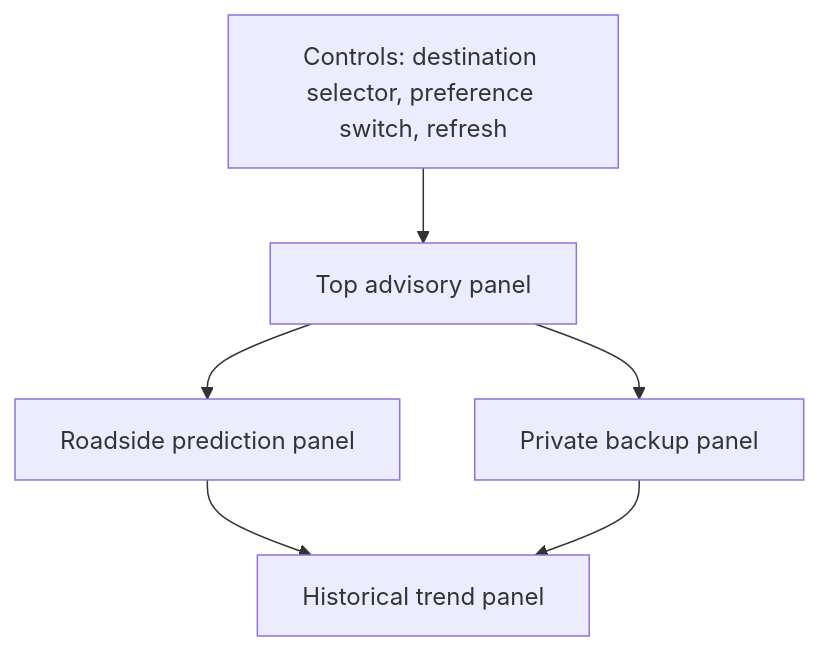
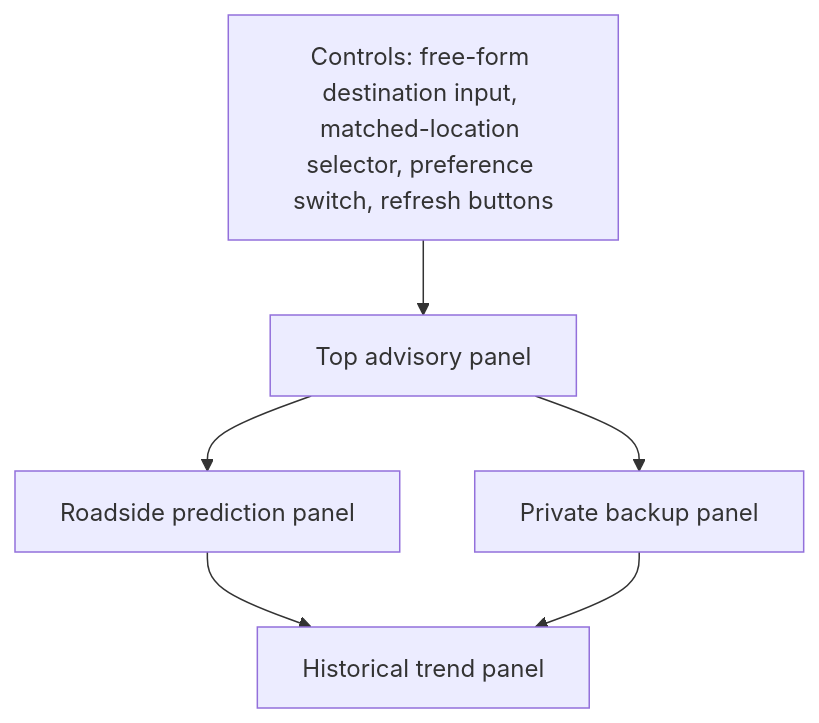
One commit to samaa0/Multi_media_proj changed the second of 2 diagrams in Project_Report.md. Above: the diagram before and after it, drawn with Mermaid. The commit also changed other lines of this file and 3 other files, not shown here.

Commit message:
Add free-form destination search & ranking

````diff
--- a/Project_Report.md
+++ b/Project_Report.md
@@ -168,8 +196,8 @@
 ```mermaid
 flowchart TB
-    A[Controls: destination selector, preference switch, refresh] --> B[Top advisory panel]
+    A[Controls: free-form destination input, matched-location selector, preference switch, refresh buttons] --> B[Top advisory panel]
     B --> C[Roadside prediction panel]
     B --> D[Private backup panel]
     C --> E[Historical trend panel]
     D --> E
 ```
````
